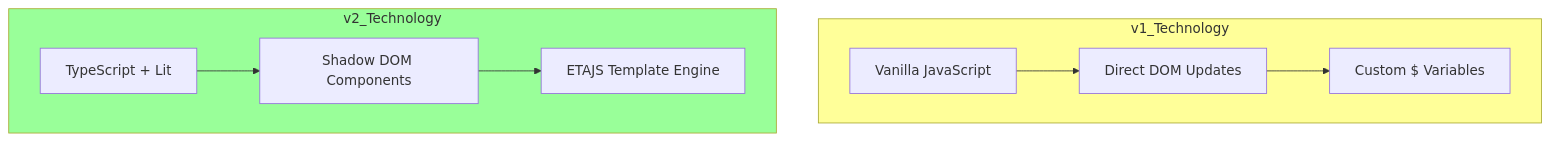
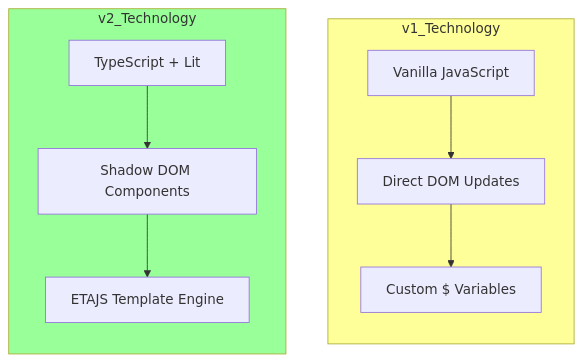
Before and after one commit to daredoes/linked-lovelace-ui: the ninth of 19 diagrams in docs_site/project-history.md, drawn with Mermaid. The commit also changed other lines of this file and 1 other file, not shown here.

First line of the commit message:
Fix Mermaid diagram syntax errors in documentation

````diff
--- a/docs_site/project-history.md
+++ b/docs_site/project-history.md
@@ -350,15 +333,18 @@
 ```mermaid
-graph TD
+flowchart TD
+    direction TB
     subgraph v1_Technology
+        direction TB
         A[Vanilla JavaScript] --> B[Direct DOM Updates]
         B --> C[Custom $ Variables]
     end
     
     subgraph v2_Technology
+        direction TB
         D[TypeScript + Lit] --> E[Shadow DOM Components]
         E --> F[ETAJS Template Engine]
     end
     
     style v1_Technology fill:#ff9
     style v2_Technology fill:#9f9
 ```
````
